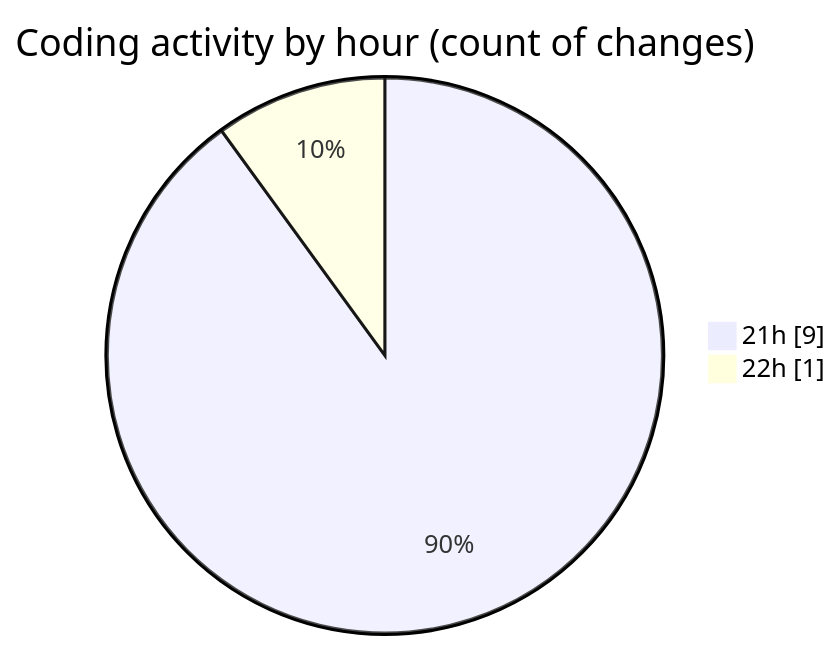
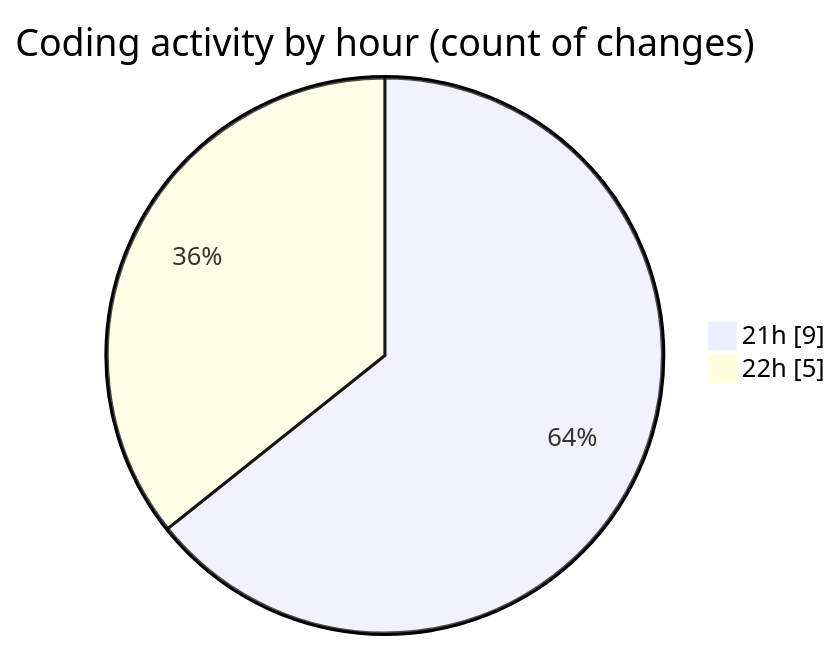
The second of 2 diagrams in 2025-03-29/autodidak/README.md (idhammustaqopulfikri/code-tracking), drawn with Mermaid before and after one commit. The commit also changed other lines of this file and 1 other file, not shown here.

````diff
--- a/2025-03-29/autodidak/README.md
+++ b/2025-03-29/autodidak/README.md
@@ -31,6 +34,6 @@
 ```mermaid
 pie showData
 title Coding activity by hour (count of changes)
 "21h" : 9
-"22h" : 1
+"22h" : 5
 ```
````
